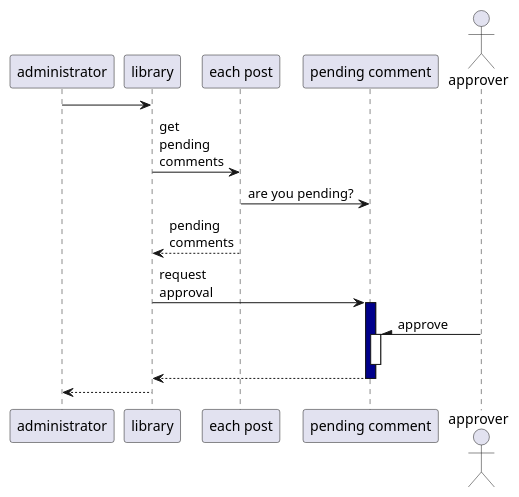
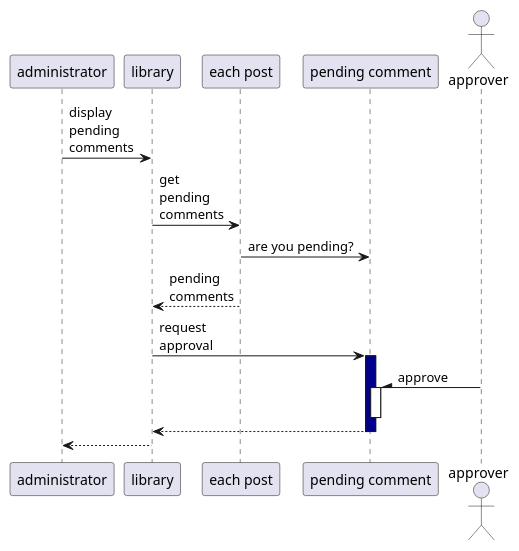
Before and after one commit to oli-clarke/plantUML-training: the diagram in sequenceDiagram.puml, drawn with PlantUML. The commit also changed 1 other file, not shown here.

Commit message:
Add class diagram, using aggregation, association, and dependency

```diff
--- a/sequenceDiagram.puml
+++ b/sequenceDiagram.puml
@@ -1,25 +1,25 @@
 @startuml sequenceDiagram
 
 participant administrator
 participant library
 participant "each post" as eachPost
 participant "pending comment" as pendingComment
 actor approver
 
-administrator->library
+administrator->library : display \npending \ncomments
 library->eachPost : get \npending \ncomments
 eachPost->pendingComment : are you pending?
 eachPost-->library : pending \ncomments
 
 library->pendingComment : request \napproval
 activate pendingComment #DarkBlue
 approver-\pendingComment : approve
 activate pendingComment
 deactivate pendingComment
 
 library<--pendingComment
 deactivate pendingComment
 
 library-->administrator
 
 @enduml
```
